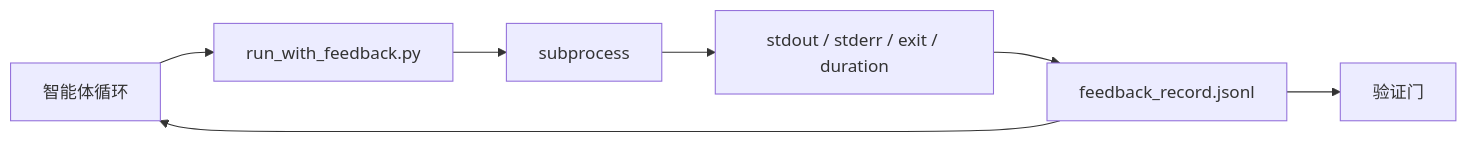
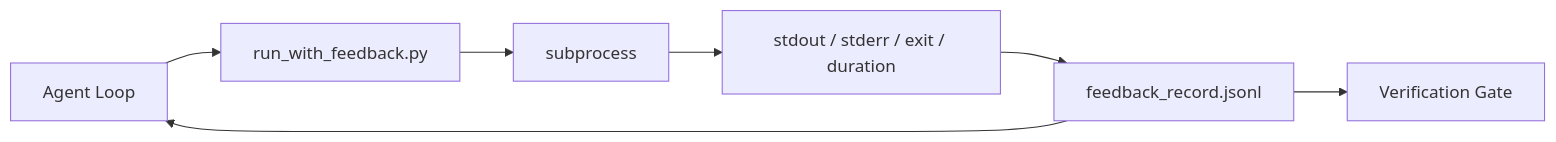
One commit to xiaojiaenen/ai-engineering-from-scratch-zh changed the diagram in i18n/zh/phases/14-agent-engineering/37-runtime-feedback-loops/docs/zh.md. Above: the diagram before and after it, drawn with Mermaid. The commit also changed other lines of this file and 54 other files, not shown here.

````diff
--- a/i18n/zh/phases/14-agent-engineering/37-runtime-feedback-loops/docs/zh.md
+++ b/i18n/zh/phases/14-agent-engineering/37-runtime-feedback-loops/docs/zh.md
@@ -25,9 +25,9 @@
 ```mermaid
 flowchart LR
-  Agent[智能体循环] --> Runner[run_with_feedback.py]
+  Agent[Agent Loop] --> Runner[run_with_feedback.py]
   Runner --> Shell[subprocess]
   Shell --> Capture[stdout / stderr / exit / duration]
   Capture --> Record[feedback_record.jsonl]
   Record --> Agent
-  Record --> Gate[验证门]
+  Record --> Gate[Verification Gate]
 ```
````
